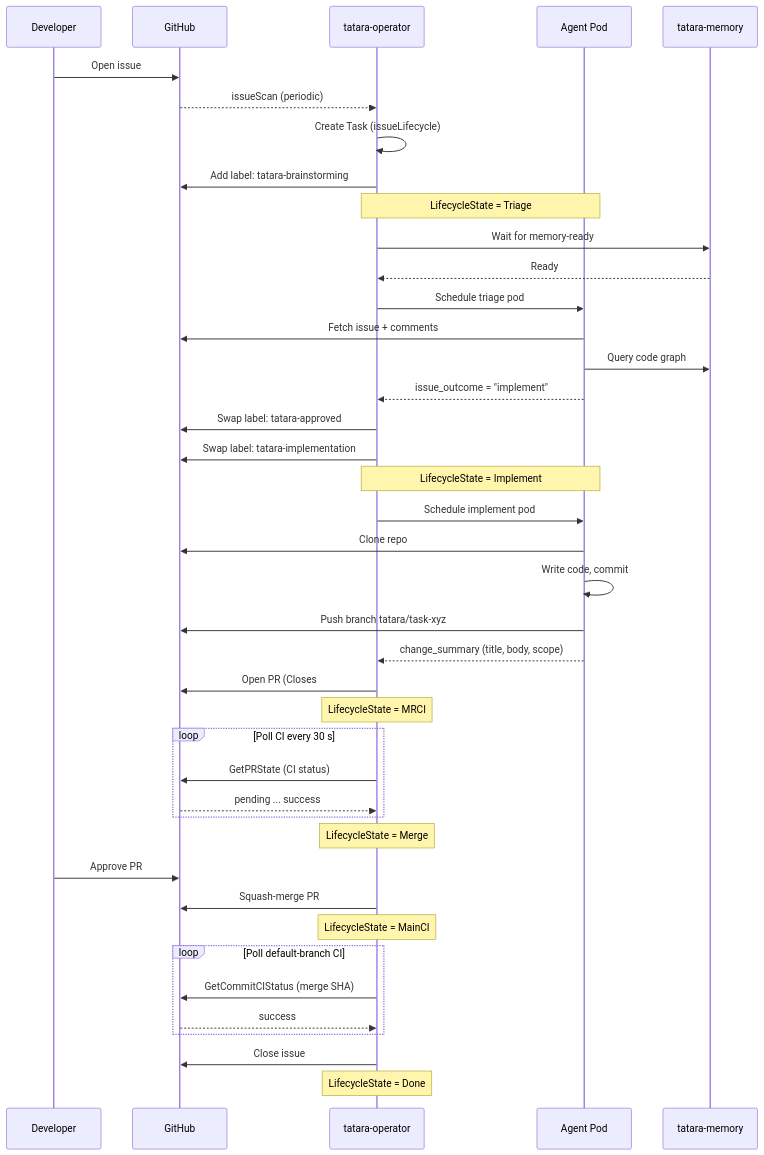
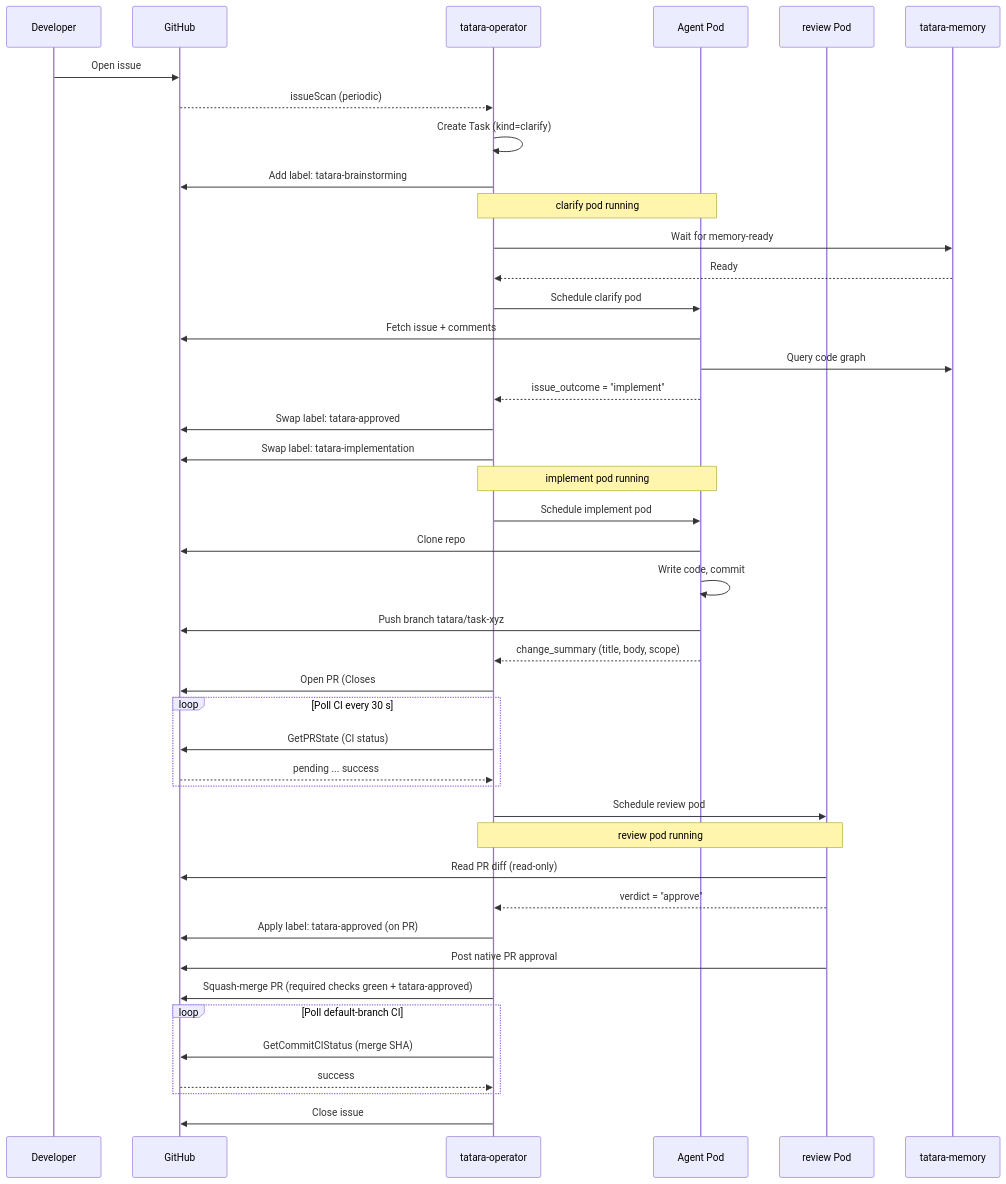
The diagram in docs/explainers/issue-to-pr.md (szymonrychu/tatara-documentation), drawn with Mermaid before and after one commit. The commit also changed other lines of this file and 38 other files, not shown here.

````diff
--- a/docs/explainers/issue-to-pr.md
+++ b/docs/explainers/issue-to-pr.md
@@ -200,56 +207,58 @@
 ```mermaid
 sequenceDiagram
     participant Dev as Developer
     participant GH as GitHub
     participant Op as tatara-operator
     participant Pod as Agent Pod
+    participant Rev as review Pod
     participant Mem as tatara-memory
 
     Dev->>GH: Open issue #42
     GH-->>Op: issueScan (periodic)
-    Op->>Op: Create Task (issueLifecycle)
+    Op->>Op: Create Task (kind=clarify)
     Op->>GH: Add label: tatara-brainstorming
 
-    Note over Op,Pod: LifecycleState = Triage
+    Note over Op,Pod: clarify pod running
 
     Op->>Mem: Wait for memory-ready
     Mem-->>Op: Ready
-    Op->>Pod: Schedule triage pod
+    Op->>Pod: Schedule clarify pod
     Pod->>GH: Fetch issue + comments
     Pod->>Mem: Query code graph
     Pod-->>Op: issue_outcome = "implement"
 
     Op->>GH: Swap label: tatara-approved
     Op->>GH: Swap label: tatara-implementation
 
-    Note over Op,Pod: LifecycleState = Implement
+    Note over Op,Pod: implement pod running
 
     Op->>Pod: Schedule implement pod
     Pod->>GH: Clone repo
     Pod->>Pod: Write code, commit
     Pod->>GH: Push branch tatara/task-xyz
     Pod-->>Op: change_summary (title, body, scope)
     Op->>GH: Open PR (Closes #42)
 
-    Note over Op: LifecycleState = MRCI
-
     loop Poll CI every 30 s
         Op->>GH: GetPRState (CI status)
         GH-->>Op: pending ... success
     end
 
-    Note over Op: LifecycleState = Merge
+    Op->>Rev: Schedule review pod
 
-    Dev->>GH: Approve PR
-    Op->>GH: Squash-merge PR
+    Note over Op,Rev: review pod running
 
-    Note over Op: LifecycleState = MainCI
+    Rev->>GH: Read PR diff (read-only)
+    Rev-->>Op: verdict = "approve"
+    Op->>GH: Apply label: tatara-approved (on PR)
+    Rev->>GH: Post native PR approval
+
+    Op->>GH: Squash-merge PR (required checks green + tatara-approved)
 
     loop Poll default-branch CI
         Op->>GH: GetCommitCIStatus (merge SHA)
         GH-->>Op: success
     end
 
     Op->>GH: Close issue #42
-    Note over Op: LifecycleState = Done
 ```
````
